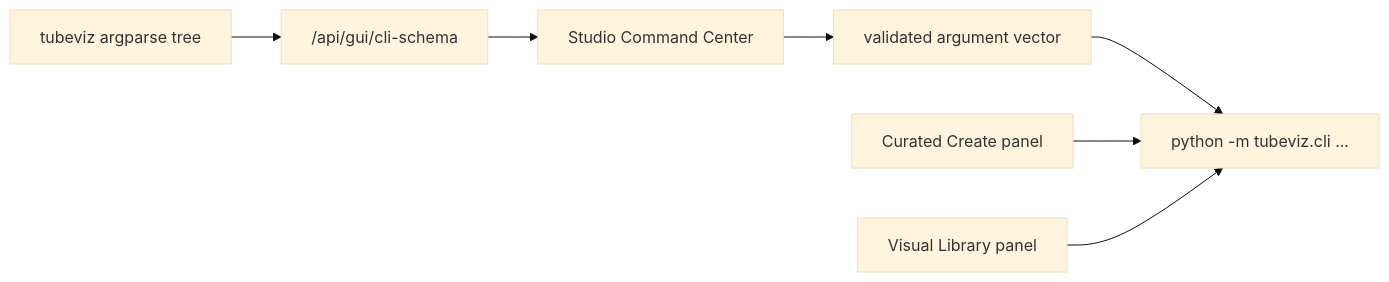
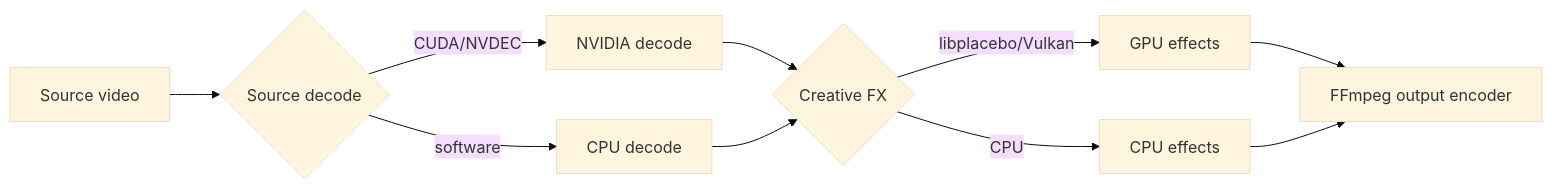
One commit to interrupt21h/tubeviz changed the second of 2 diagrams in README.md. Above: the diagram before and after it, drawn with Mermaid (base theme). The commit also changed other lines of this file and 37 other files, not shown here.

Commit message:
Updated CUDA and Vulkan usage. Updated docs

````diff
--- a/README.md
+++ b/README.md
@@ -317,10 +905,14 @@
 ```mermaid
 flowchart LR
-    CLI["tubeviz argparse tree"] --> SCHEMA["/api/gui/cli-schema"]
-    SCHEMA --> CC["Studio Command Center"]
-    CC --> ARGV["validated argument vector"]
-    ARGV --> PROC["python -m tubeviz.cli ..."]
+    SRC["Source video"] --> DECODE{"Source decode"}
+    DECODE -->|CUDA/NVDEC| CUDA["NVIDIA decode"]
+    DECODE -->|software| CPUDEC["CPU decode"]
 
-    CREATE["Curated Create panel"] --> PROC
-    LIB["Visual Library panel"] --> PROC
+    CUDA --> FX{"Creative FX"}
+    CPUDEC --> FX
+    FX -->|libplacebo/Vulkan| VK["GPU effects"]
+    FX -->|CPU| CPUFX["CPU effects"]
+
+    VK --> ENC["FFmpeg output encoder"]
+    CPUFX --> ENC
 ```
````
